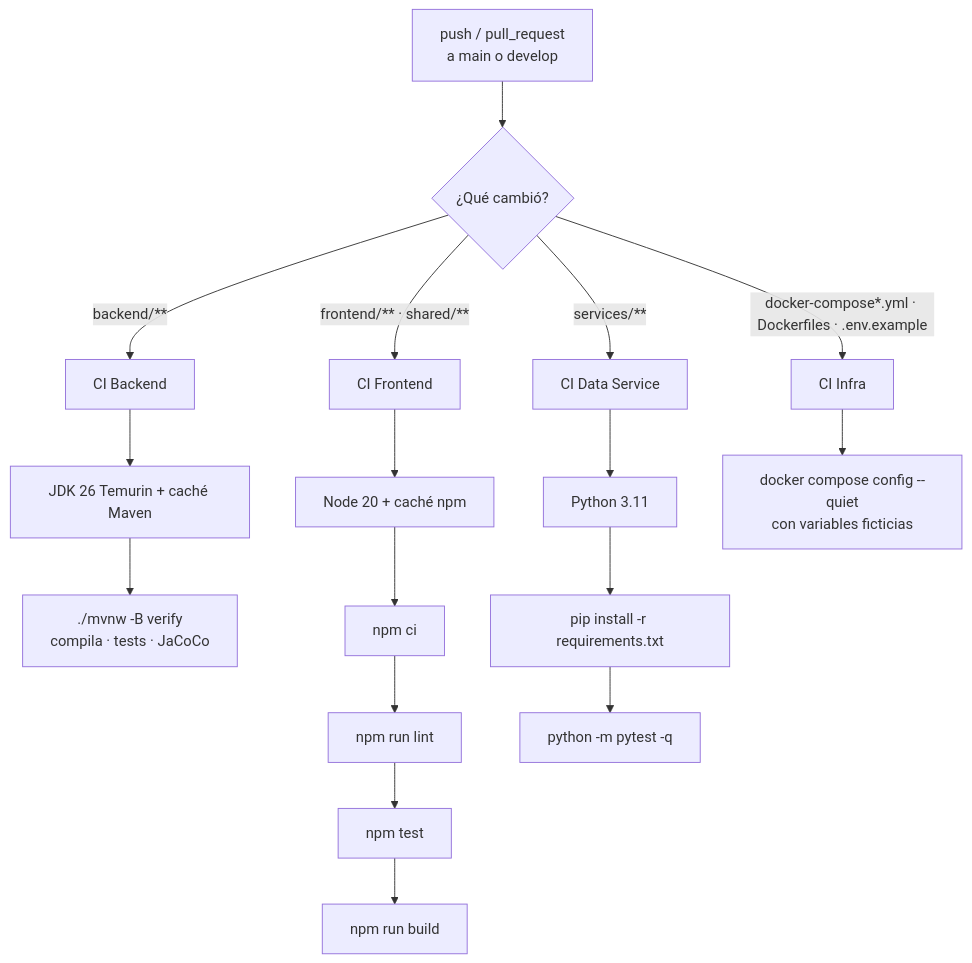
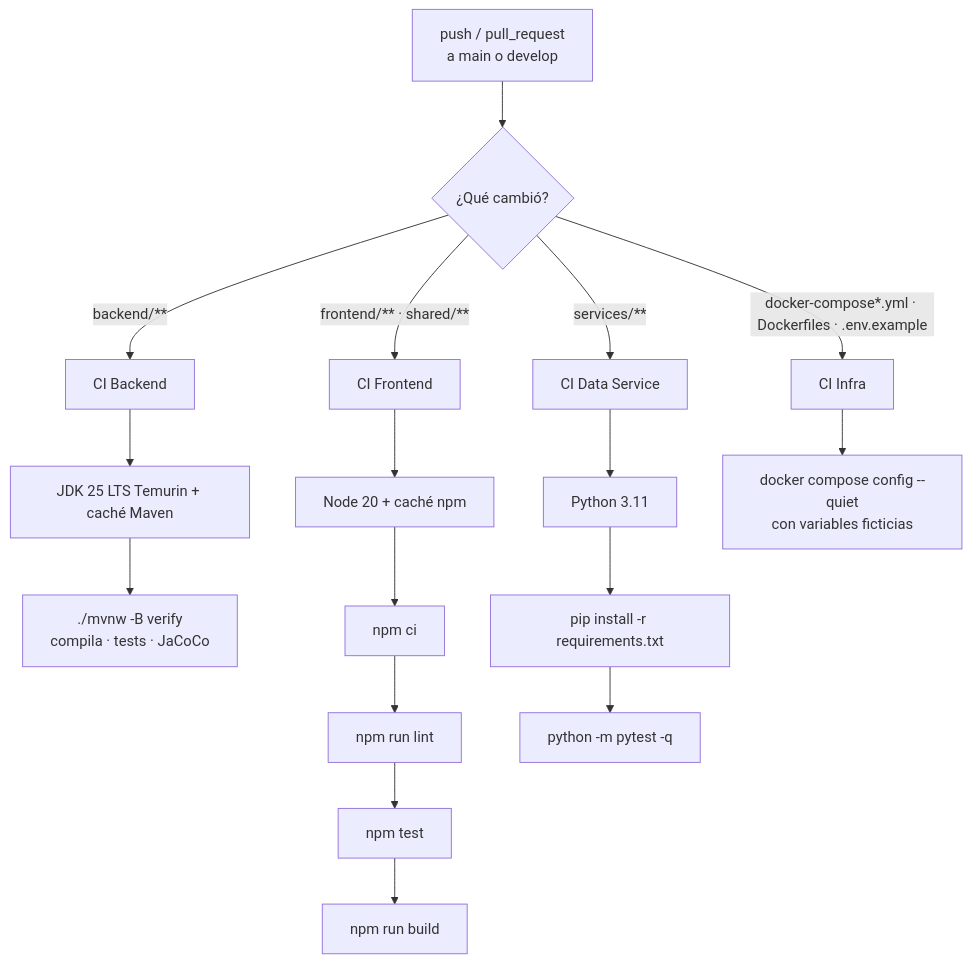
The second of 3 diagrams in docs/arquitectura/estandares-y-ci-cd/estandar_cicd.md (BotaniPUCP/Hesperides), drawn with Mermaid before and after one commit. The commit also changed other lines of this file and 80 other files, not shown here.

````diff
--- a/docs/arquitectura/estandares-y-ci-cd/estandar_cicd.md
+++ b/docs/arquitectura/estandares-y-ci-cd/estandar_cicd.md
@@ -189,13 +189,13 @@
 ```mermaid
 flowchart TB
     PR[push / pull_request<br/>a main o develop] --> F{¿Qué cambió?}
     F -- "backend/**" --> B[CI Backend]
     F -- "frontend/** · shared/**" --> W[CI Frontend]
     F -- "services/**" --> P[CI Data Service]
     F -- "docker-compose*.yml · Dockerfiles · .env.example" --> I[CI Infra]
 
-    B --> B1[JDK 26 Temurin + caché Maven] --> B2["./mvnw -B verify<br/>compila · tests · JaCoCo"]
+    B --> B1[JDK 25 LTS Temurin + caché Maven] --> B2["./mvnw -B verify<br/>compila · tests · JaCoCo"]
     W --> W1[Node 20 + caché npm] --> W2[npm ci] --> W3[npm run lint] --> W4[npm test] --> W5[npm run build]
     P --> P1[Python 3.11] --> P2[pip install -r requirements.txt] --> P3[python -m pytest -q]
     I --> I1["docker compose config --quiet<br/>con variables ficticias"]
 ```
````
